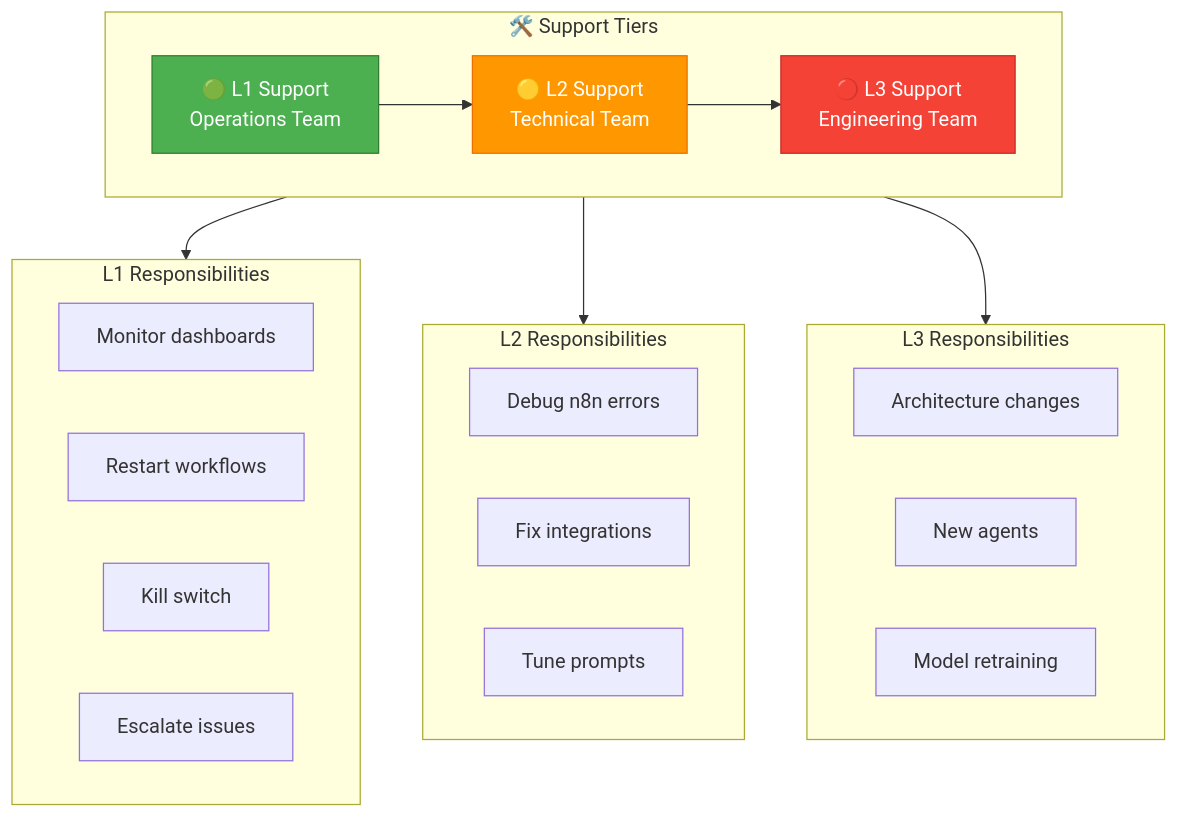
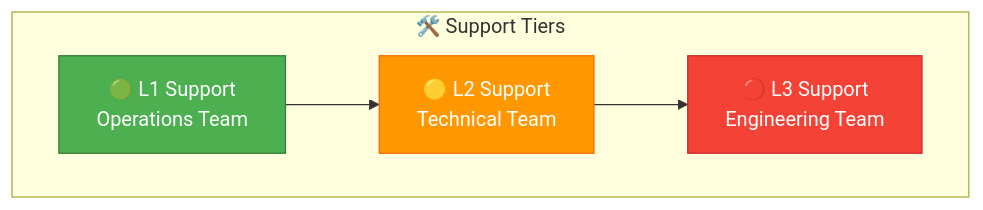
Before and after one commit to maniltns/AEGIS: the eighth of 8 diagrams in docs/executive-pack/operating-model.md, drawn with Mermaid. The commit also changed other lines of this file, not shown here.

Commit message:
docs: Create initial AEGIS operating model document detailing current/target states, roles, and processes.

````diff
--- a/docs/executive-pack/operating-model.md
+++ b/docs/executive-pack/operating-model.md
@@ -181,34 +311,11 @@
 ```mermaid
 graph TB
     subgraph SUPPORT["🛠️ Support Tiers"]
         direction LR
         L1S["🟢 L1 Support<br/>Operations Team"] --> L2S["🟡 L2 Support<br/>Technical Team"] --> L3S["🔴 L3 Support<br/>Engineering Team"]
     end
     
-    subgraph L1D["L1 Responsibilities"]
-        L1A["Monitor dashboards"]
-        L1B["Restart workflows"]
-        L1C["Kill switch"]
-        L1D2["Escalate issues"]
-    end
-    
-    subgraph L2D["L2 Responsibilities"]
-        L2A["Debug n8n errors"]
-        L2B["Fix integrations"]
-        L2C["Tune prompts"]
-    end
-    
-    subgraph L3D["L3 Responsibilities"]
-        L3A["Architecture changes"]
-        L3B["New agents"]
-        L3C["Model retraining"]
-    end
-    
-    L1S --> L1D
-    L2S --> L2D
-    L3S --> L3D
-    
     style L1S fill:#4caf50,stroke:#2e7d32,color:#fff
     style L2S fill:#ff9800,stroke:#ef6c00,color:#fff
     style L3S fill:#f44336,stroke:#c62828,color:#fff
 ```
````
